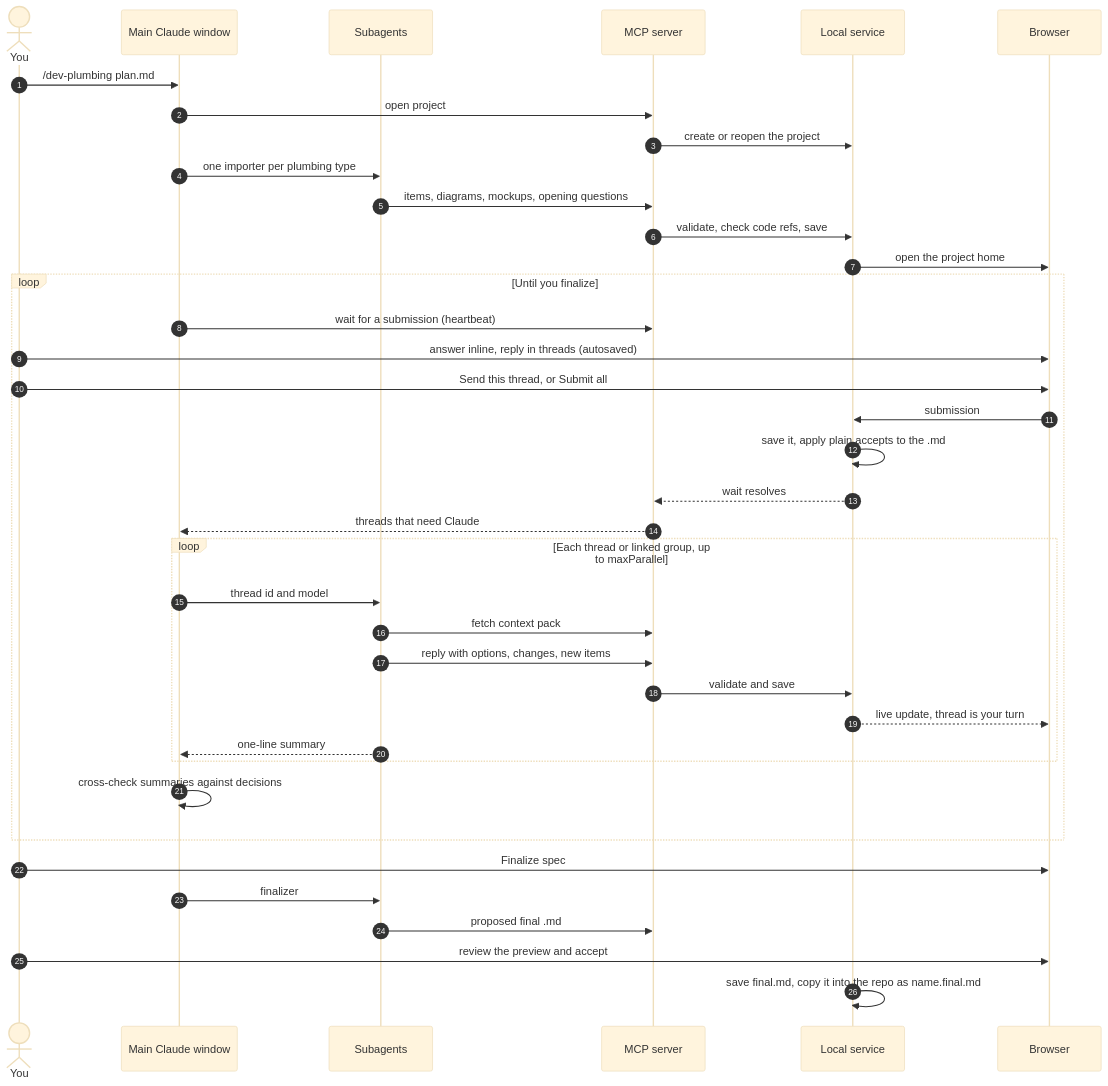
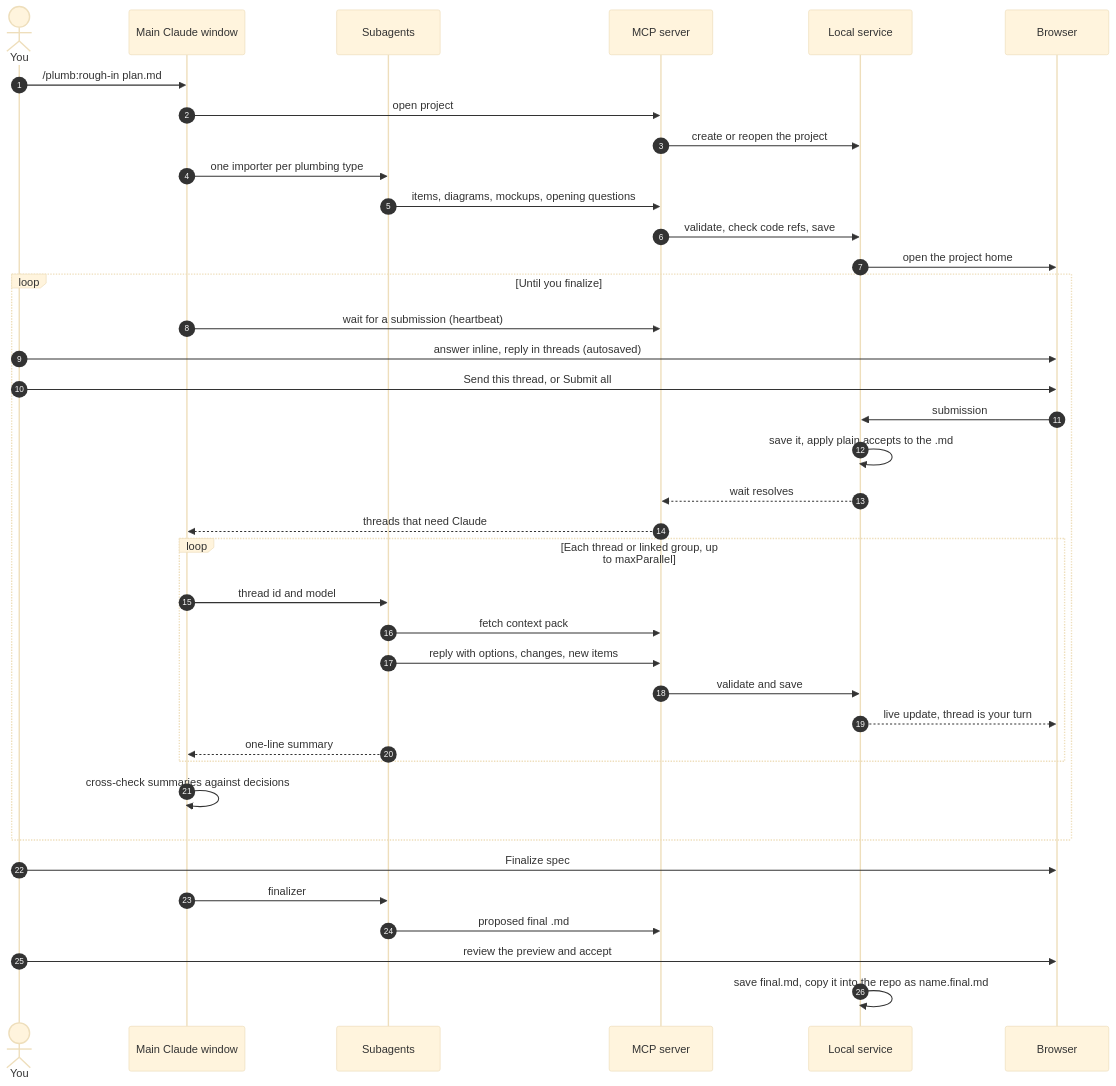
The second of 2 diagrams in SPEC.md (jordanframptondev/dev-plumbing), drawn with Mermaid (base theme) before and after one commit. The commit also changed other lines of this file and 2 other files, not shown here.

First line of the commit message:
docs: plumb's two commands, /plumb:rough-in and /plumb:listen, and moving over from dev-plumbing@dev-plumbing

````diff
--- a/SPEC.md
+++ b/SPEC.md
@@ -357,41 +358,41 @@
 ```mermaid
 sequenceDiagram
     autonumber
     actor You
     participant MW as Main Claude window
     participant SA as Subagents
     participant MCP as MCP server
     participant SV as Local service
     participant BR as Browser
 
-    You->>MW: /dev-plumbing plan.md
+    You->>MW: /plumb:rough-in plan.md
     MW->>MCP: open project
     MCP->>SV: create or reopen the project
     MW->>SA: one importer per plumbing type
     SA->>MCP: items, diagrams, mockups, opening questions
     MCP->>SV: validate, check code refs, save
     SV->>BR: open the project home
     loop Until you finalize
         MW->>MCP: wait for a submission (heartbeat)
         You->>BR: answer inline, reply in threads (autosaved)
         You->>BR: Send this thread, or Submit all
         BR->>SV: submission
         SV->>SV: save it, apply plain accepts to the .md
         SV-->>MCP: wait resolves
         MCP-->>MW: threads that need Claude
         loop Each thread or linked group, up to maxParallel
             MW->>SA: thread id and model
             SA->>MCP: fetch context pack
             SA->>MCP: reply with options, changes, new items
             MCP->>SV: validate and save
             SV-->>BR: live update, thread is your turn
             SA-->>MW: one-line summary
         end
         MW->>MW: cross-check summaries against decisions
     end
     You->>BR: Finalize spec
     MW->>SA: finalizer
     SA->>MCP: proposed final .md
     You->>BR: review the preview and accept
     SV->>SV: save final.md, copy it into the repo as name.final.md
 ```
````
